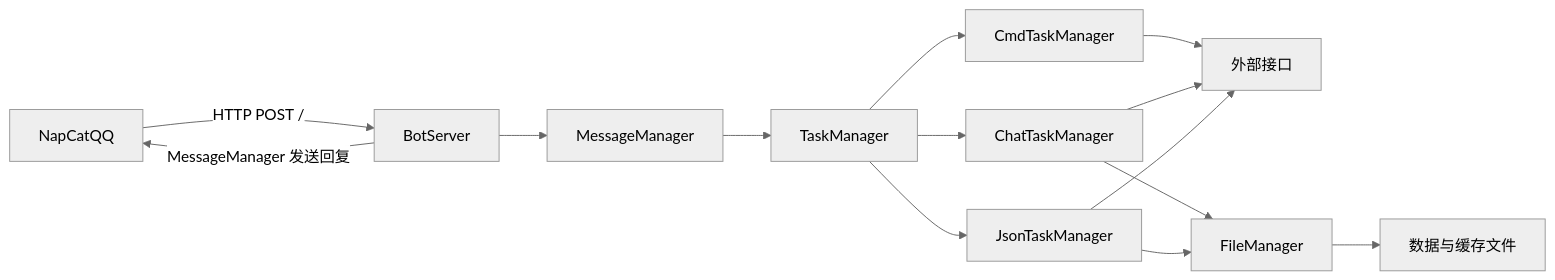
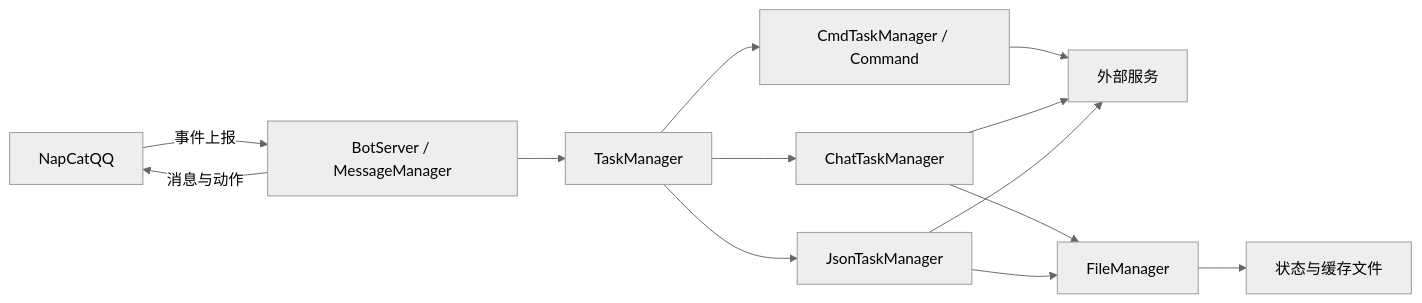
One commit to fuckth3w0r1d/PPBot changed the diagram in docs/map.md. Above: the diagram before and after it, drawn with Mermaid (neutral theme). The commit also changed other lines of this file and 6 other files, not shown here.

````diff
--- a/docs/map.md
+++ b/docs/map.md
@@ -9,16 +12,15 @@
 ```mermaid
 flowchart LR
-    NapCat[NapCatQQ] -->|HTTP POST /| Bot[BotServer]
-    Bot --> Message[MessageManager]
-    Message --> Task[TaskManager]
-    Task --> Cmd[CmdTaskManager]
+    NapCat[NapCatQQ] -->|事件上报| Edge[BotServer / MessageManager]
+    Edge -->|消息与动作| NapCat
+    Edge --> Task[TaskManager]
+    Task --> Cmd[CmdTaskManager / Command]
     Task --> Chat[ChatTaskManager]
     Task --> Card[JsonTaskManager]
-    Cmd --> External[外部接口]
+    Cmd --> External[外部服务]
     Chat --> External
     Card --> External
     Chat --> Files[FileManager]
     Card --> Files
-    Files --> Disk[数据与缓存文件]
-    Bot -->|MessageManager 发送回复| NapCat
+    Files --> Disk[状态与缓存文件]
 ```
````
